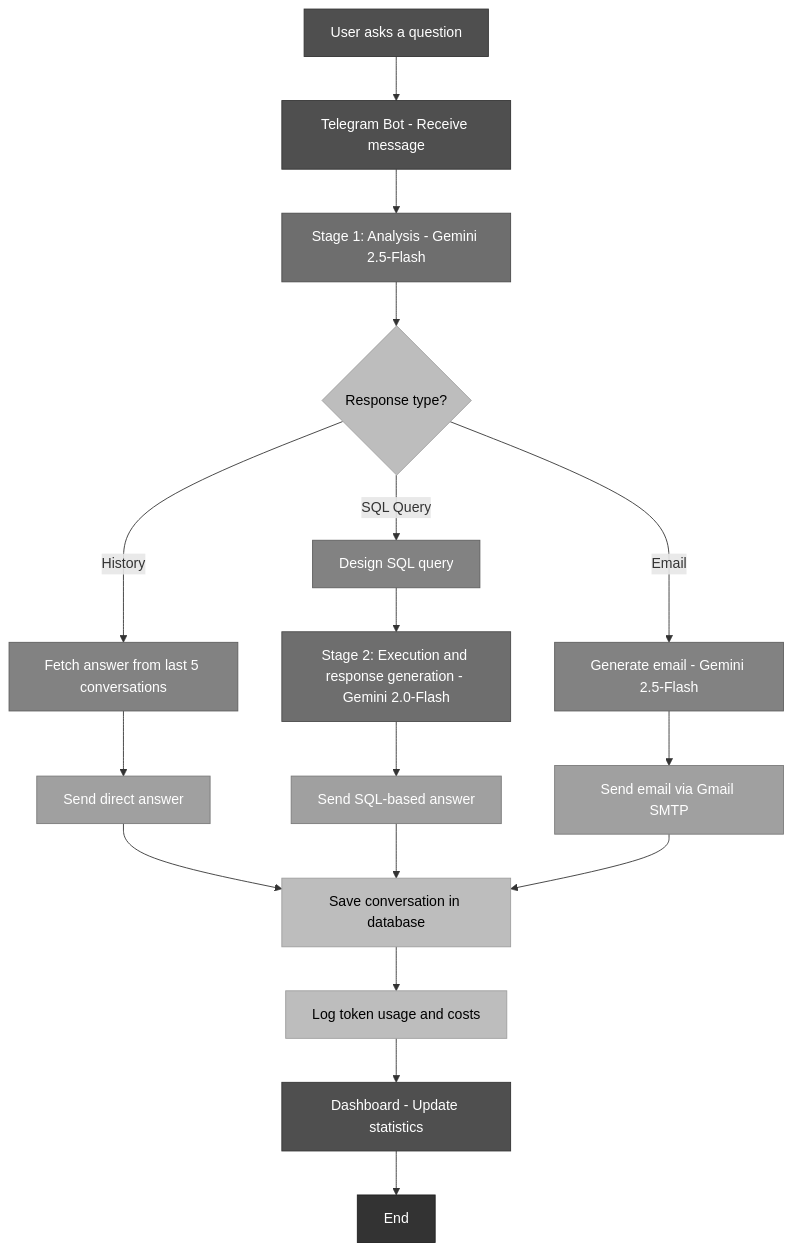
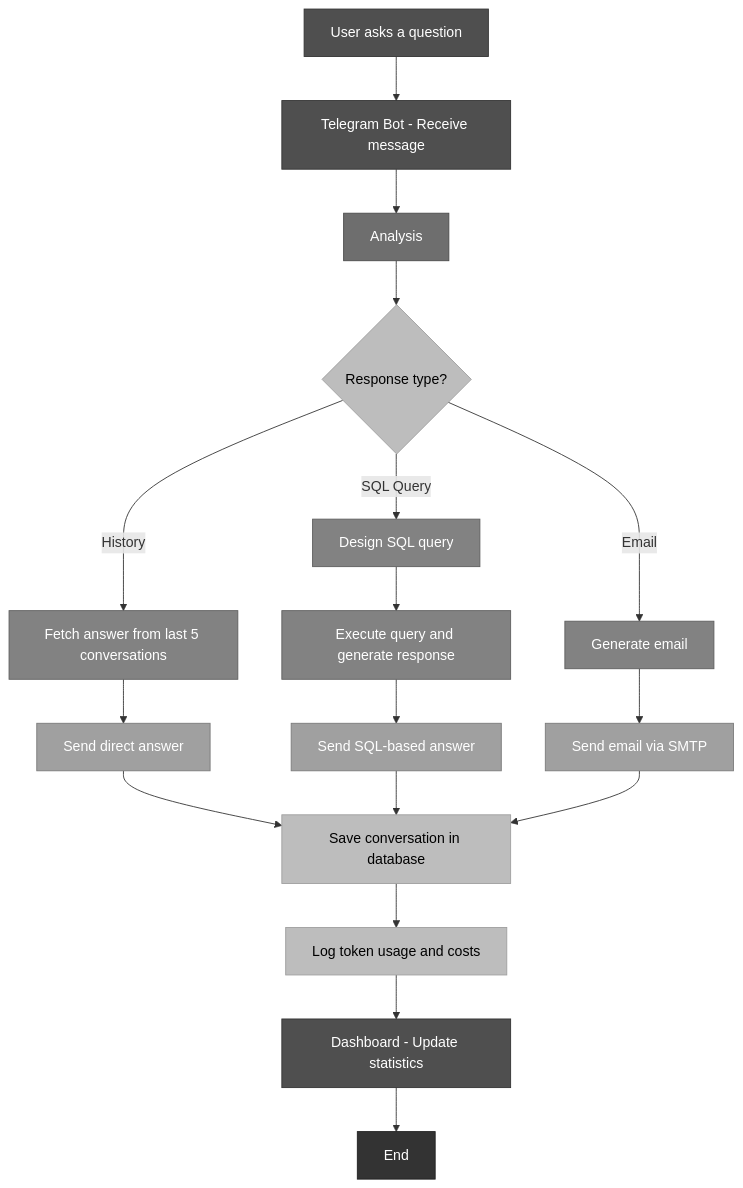
One commit to Bek0/AI-Telegram-Bot changed the first of 2 diagrams in README.md. Above: the diagram before and after it, drawn with Mermaid.

````diff
--- a/README.md
+++ b/README.md
@@ -8,52 +8,52 @@
 ```mermaid
 graph TD
     Start["User asks a question"] --> Input["Telegram Bot - Receive message"]
-    Input --> Stage1["Stage 1: Analysis - Gemini 2.5-Flash"]
-    
-    Stage1 --> Decide{Response type?}
+    Input --> Analysis["Analysis"]
+
+    Analysis --> Decide{Response type?}
     
     %% Path 1
     Decide -->|History| DirectPath["Fetch answer from last 5 conversations"]
     DirectPath --> SendDirect["Send direct answer"]
     
     %% Path 2
     Decide -->|SQL Query| SQLPath["Design SQL query"]
-    SQLPath --> Stage2["Stage 2: Execution and response generation - Gemini 2.0-Flash"]
-    Stage2 --> SendSQL["Send SQL-based answer"]
+    SQLPath --> GenerateSQL["Execute query and generate response"]
+    GenerateSQL --> SendSQL["Send SQL-based answer"]
     
     %% Path 3
-    Decide -->|Email| EmailPath["Generate email - Gemini 2.5-Flash"]
-    EmailPath --> SendEmail["Send email via Gmail SMTP"]
+    Decide -->|Email| EmailPath["Generate email"]
+    EmailPath --> SendEmail["Send email via SMTP"]
     
     %% Logging
     SendDirect --> SaveConv["Save conversation in database"]
     SendSQL --> SaveConv
     SendEmail --> SaveConv
     
     SaveConv --> LogCosts["Log token usage and costs"]
     LogCosts --> Dashboard["Dashboard - Update statistics"]
     Dashboard --> End["End"]
     
     %% GREY THEME
     style Start fill:#4F4F4F,stroke:#333,color:#fff
     style Input fill:#4F4F4F,stroke:#333,color:#fff
 
-    style Stage1 fill:#6E6E6E,stroke:#4A4A4A,color:#fff
-    style Stage2 fill:#6E6E6E,stroke:#4A4A4A,color:#fff
+    style Analysis fill:#6E6E6E,stroke:#4A4A4A,color:#fff
 
     style Decide fill:#BDBDBD,stroke:#9E9E9E,color:#000
     style SaveConv fill:#BDBDBD,stroke:#9E9E9E,color:#000
     style LogCosts fill:#BDBDBD,stroke:#9E9E9E,color:#000
     
     style DirectPath fill:#828282,stroke:#5E5E5E,color:#fff
     style SQLPath fill:#828282,stroke:#5E5E5E,color:#fff
     style EmailPath fill:#828282,stroke:#5E5E5E,color:#fff
+    style GenerateSQL fill:#828282,stroke:#5E5E5E,color:#fff
 
     style SendDirect fill:#A0A0A0,stroke:#7A7A7A,color:#fff
     style SendSQL fill:#A0A0A0,stroke:#7A7A7A,color:#fff
     style SendEmail fill:#A0A0A0,stroke:#7A7A7A,color:#fff
     
     style Dashboard fill:#4F4F4F,stroke:#333,color:#fff
     style End fill:#333333,stroke:#1F1F1F,color:#fff
 
 ```
````
